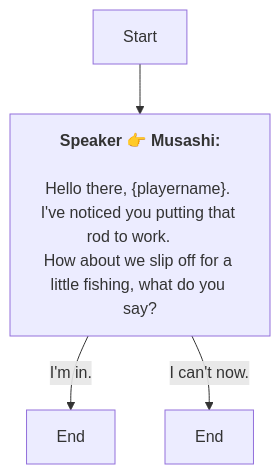
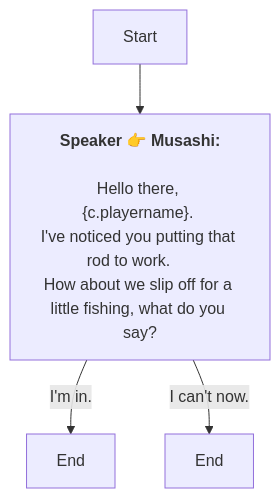
One commit to SoftHu/tos_avg changed the diagram in Zh/QuestTalkObjectiveNode_1772878508897515.md. Above: the diagram before and after it, drawn with Mermaid. The commit also changed 410 other files, not shown here.

````diff
--- a/Zh/QuestTalkObjectiveNode_1772878508897515.md
+++ b/Zh/QuestTalkObjectiveNode_1772878508897515.md
@@ -1,11 +1,10 @@
 ```mermaid
 graph
 Start -->1772878556180718[<b>Speaker 👉 Musashi:</b>
-\nHello there, &lbrace;playername&rbrace;. 
+\nHello there, &lbrace;c.playername&rbrace;. 
 I've noticed you putting that rod to work. 	
-How about we slip off for a little fishing, what do you say? 
-]
-1772878556180718 -->|I'm in. |1772878626101493[End]
-1772878556180718 -->|I can't now. |1772878628231414[End]
+How about we slip off for a little fishing, what do you say?]
+1772878556180718 -->|I'm in.|1772878626101493[End]
+1772878556180718 -->|I can't now.|1772878628231414[End]
 
 ```
````
